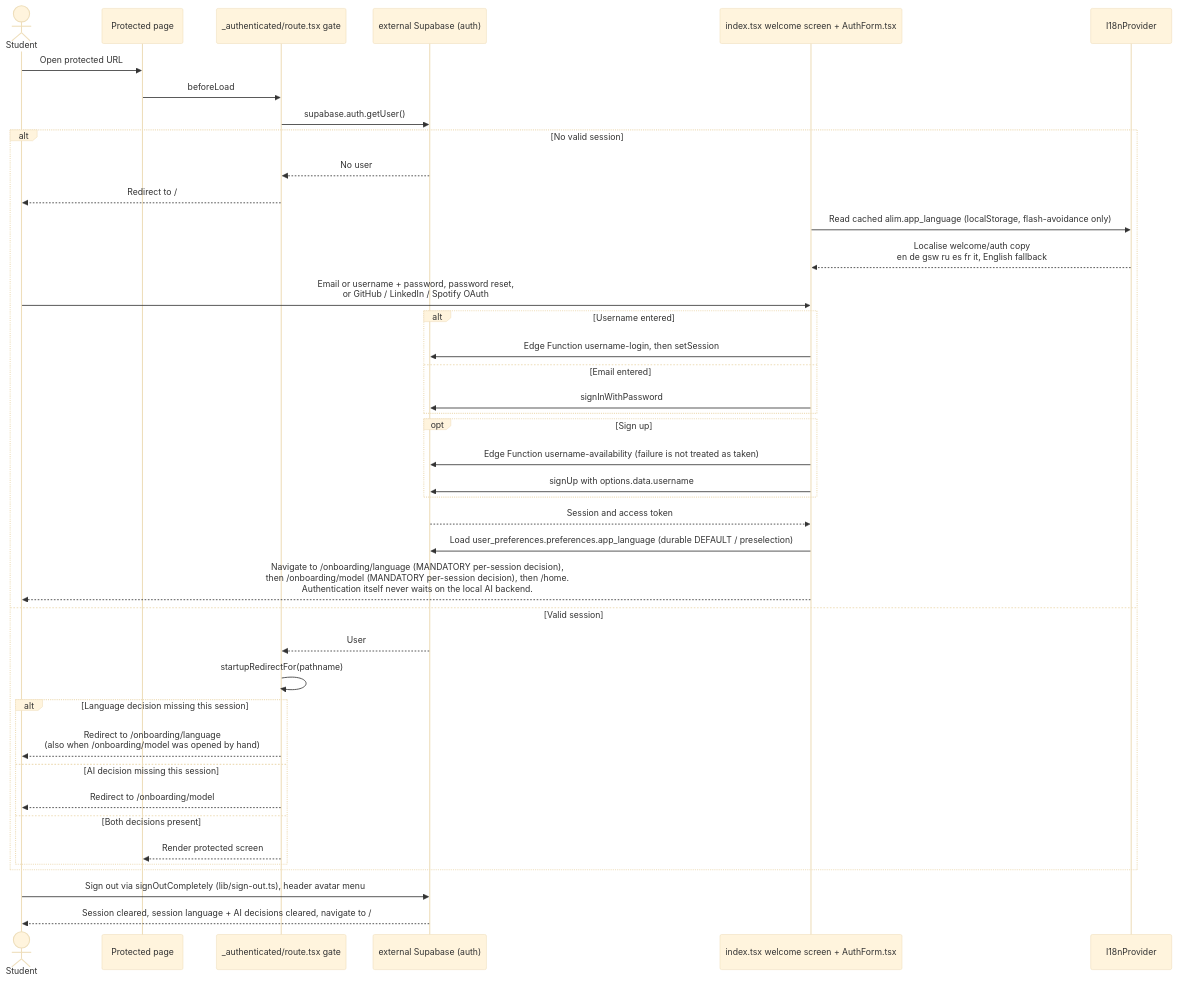
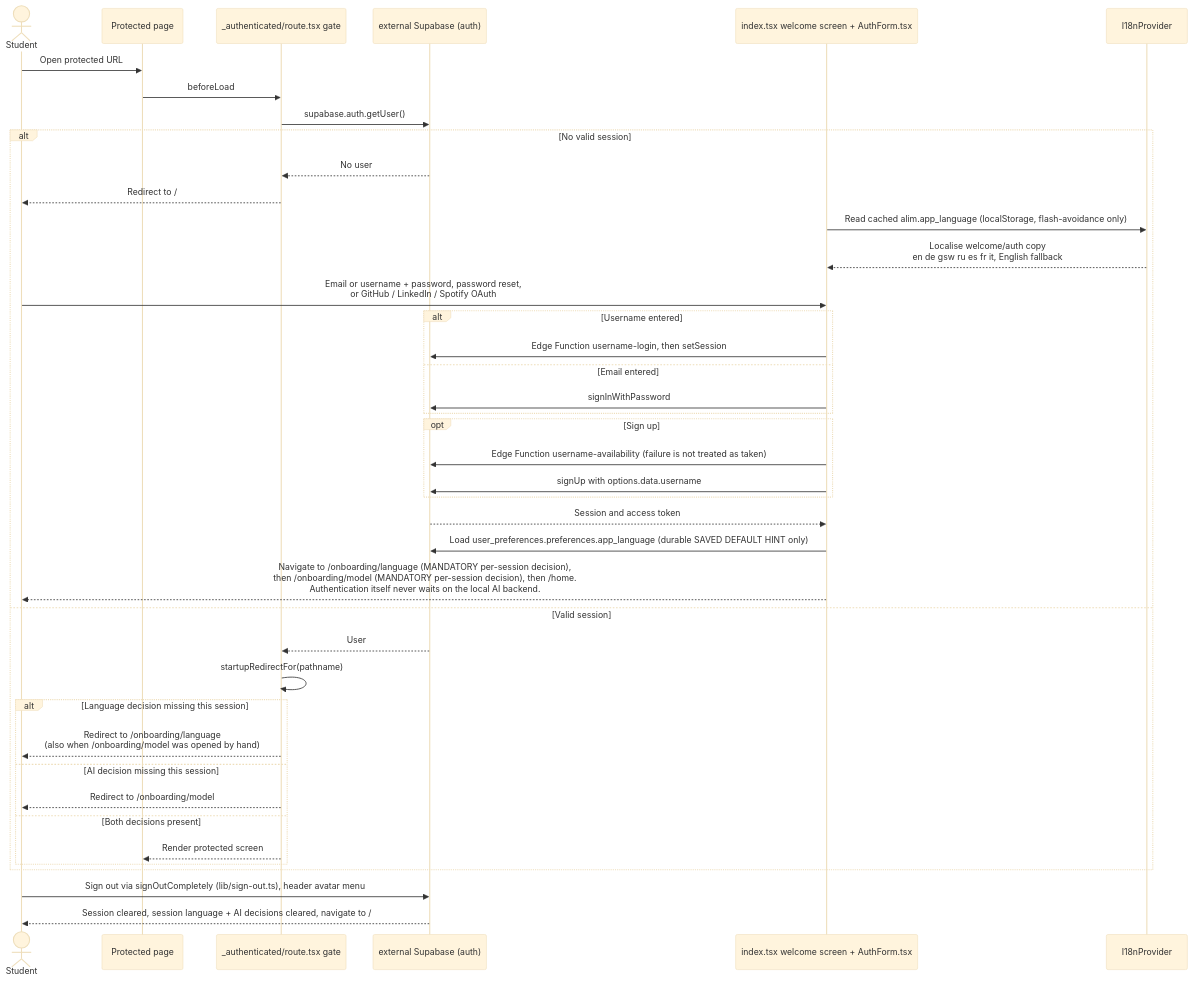
Before and after one commit to keyshavmor/study-swiss-star: the diagram in docs/wireframes/05-authentication.mmd, drawn with Mermaid (base theme). The commit also changed 6 other files, not shown here.

```diff
--- a/docs/wireframes/05-authentication.mmd
+++ b/docs/wireframes/05-authentication.mmd
@@ -1,42 +1,42 @@
 %% Authentication flow via _authenticated/route.tsx and AuthForm.tsx.
 sequenceDiagram
   actor Student
   participant Page as Protected page
   participant Gate as _authenticated/route.tsx gate
   participant Cloud as external Supabase (auth)
   participant Auth as index.tsx welcome screen + AuthForm.tsx
   participant I18n as I18nProvider
   Student->>Page: Open protected URL
   Page->>Gate: beforeLoad
   Gate->>Cloud: supabase.auth.getUser()
   alt No valid session
     Cloud-->>Gate: No user
     Gate-->>Student: Redirect to /
     Auth->>I18n: Read cached alim.app_language (localStorage, flash-avoidance only)
     I18n-->>Auth: Localise welcome/auth copy<br/>en de gsw ru es fr it, English fallback
     Student->>Auth: Email or username + password, password reset,<br/>or GitHub / LinkedIn / Spotify OAuth
     alt Username entered
       Auth->>Cloud: Edge Function username-login, then setSession
     else Email entered
       Auth->>Cloud: signInWithPassword
     end
     opt Sign up
       Auth->>Cloud: Edge Function username-availability (failure is not treated as taken)
       Auth->>Cloud: signUp with options.data.username
     end
     Cloud-->>Auth: Session and access token
-    Auth->>Cloud: Load user_preferences.preferences.app_language (durable DEFAULT / preselection)
+    Auth->>Cloud: Load user_preferences.preferences.app_language (durable SAVED DEFAULT HINT only)
     Auth-->>Student: Navigate to /onboarding/language (MANDATORY per-session decision),<br/>then /onboarding/model (MANDATORY per-session decision), then /home.<br/>Authentication itself never waits on the local AI backend.
   else Valid session
     Cloud-->>Gate: User
     Gate->>Gate: startupRedirectFor(pathname)
     alt Language decision missing this session
       Gate-->>Student: Redirect to /onboarding/language<br/>(also when /onboarding/model was opened by hand)
     else AI decision missing this session
       Gate-->>Student: Redirect to /onboarding/model
     else Both decisions present
       Gate-->>Page: Render protected screen
     end
   end
   Student->>Cloud: Sign out via signOutCompletely (lib/sign-out.ts), header avatar menu
   Cloud-->>Student: Session cleared, session language + AI decisions cleared, navigate to /
```
